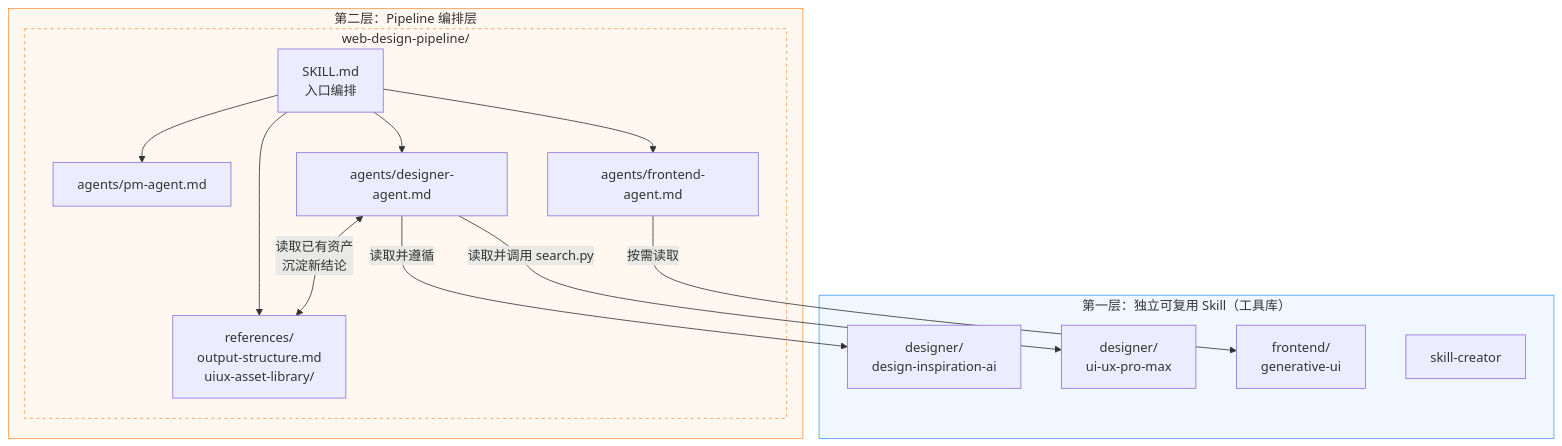
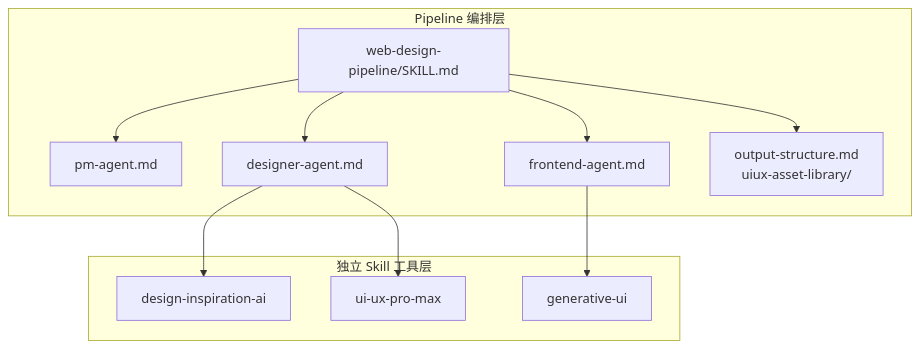
The second of 3 diagrams in ARCHITECTURE.md (PlevanTem/ui-data-synth-pipeline), drawn with Mermaid before and after one commit. The commit also changed other lines of this file and 48 other files, not shown here.

First line of the commit message:
release: v3.0.0 - uiux-asset-library 扩展与架构升级

````diff
--- a/ARCHITECTURE.md
+++ b/ARCHITECTURE.md
@@ -63,33 +98,24 @@
 ```mermaid
 graph TB
-    subgraph L1 ["第一层：独立可复用 Skill（工具库）"]
-        DI["designer/\ndesign-inspiration-ai"]
-        UU["designer/\nui-ux-pro-max"]
-        GU["frontend/\ngenerative-ui"]
-        SC["skill-creator"]
+    subgraph L1["独立 Skill 工具层"]
+        DI["design-inspiration-ai"]
+        UU["ui-ux-pro-max"]
+        GU["generative-ui"]
     end
 
-    subgraph L2 ["第二层：Pipeline 编排层"]
-        subgraph WDP ["web-design-pipeline/"]
-            ENTRY["SKILL.md\n入口编排"]
-            PMA["agents/pm-agent.md"]
-            DA["agents/designer-agent.md"]
-            FEA["agents/frontend-agent.md"]
-            REF["references/\noutput-structure.md\nuiux-asset-library/"]
-
-            ENTRY --> PMA
-            ENTRY --> DA
-            ENTRY --> FEA
-            ENTRY --> REF
-        end
+    subgraph L2["Pipeline 编排层"]
+        WDP["web-design-pipeline/SKILL.md"]
+        PMA["pm-agent.md"]
+        DA["designer-agent.md"]
+        FEA["frontend-agent.md"]
+        REF["output-structure.md\nuiux-asset-library/"]
     end
 
-    DA  -->|"读取并遵循"| DI
-    DA  -->|"读取并调用 search.py"| UU
-    FEA -->|"按需读取"| GU
-    DA  <-->|"读取已有资产\n沉淀新结论"| REF
-
-    style L1 fill:#f0f7ff,stroke:#4a9eff
-    style L2 fill:#fff8f0,stroke:#ff9a4a
-    style WDP fill:#fff8f0,stroke:#ff9a4a,stroke-dasharray:4
+    WDP --> PMA
+    WDP --> DA
+    WDP --> FEA
+    WDP --> REF
+    DA --> DI
+    DA --> UU
+    FEA --> GU
 ```
````
